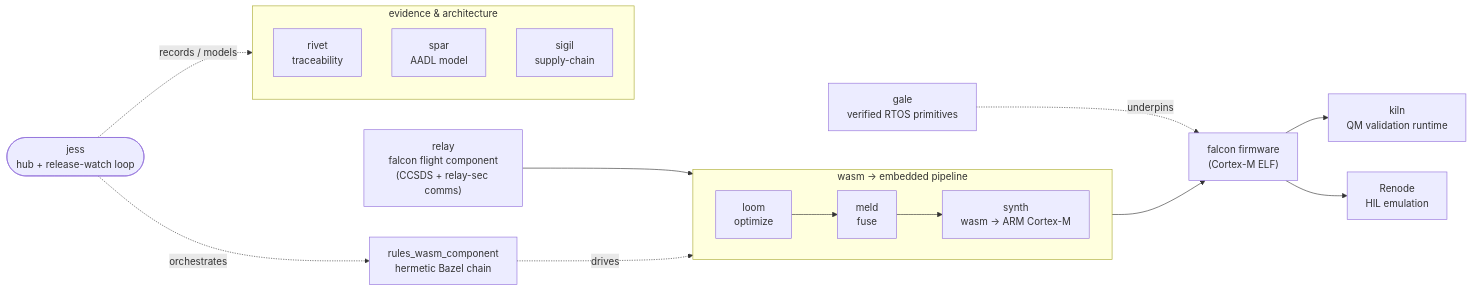
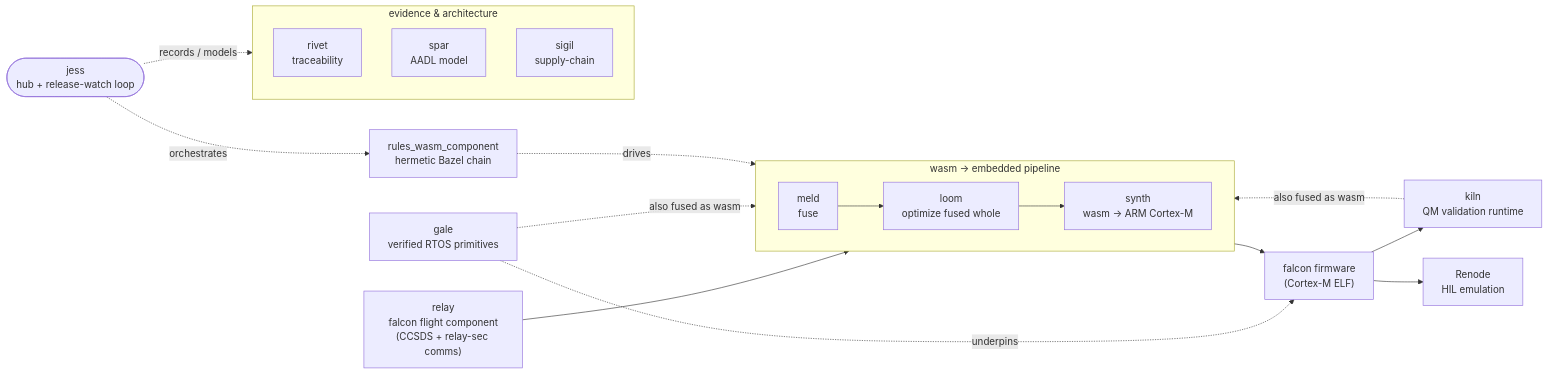
The first of 2 diagrams in README.md (pulseengine/jess), drawn with Mermaid before and after one commit. The commit also changed other lines of this file and 2 other files, not shown here.

First line of the commit message:
fix(pipeline): correct order to meld → loom → synth; note STM32F100 I/O is bare-metal (not Zephyr)

````diff
--- a/README.md
+++ b/README.md
@@ -22,30 +22,32 @@
 ```mermaid
 flowchart LR
   relay["relay<br/>falcon flight component<br/>(CCSDS + relay-sec comms)"]
 
   subgraph pipe["wasm → embedded pipeline"]
     direction LR
-    loom["loom<br/>optimize"] --> meld["meld<br/>fuse"] --> synth["synth<br/>wasm → ARM Cortex-M"]
+    meld["meld<br/>fuse"] --> loom["loom<br/>optimize fused whole"] --> synth["synth<br/>wasm → ARM Cortex-M"]
   end
 
   fw["falcon firmware<br/>(Cortex-M ELF)"]
   gale["gale<br/>verified RTOS primitives"]
   kiln["kiln<br/>QM validation runtime"]
   renode["Renode<br/>HIL emulation"]
   rwc["rules_wasm_component<br/>hermetic Bazel chain"]
 
   subgraph gov["evidence & architecture"]
     rivet["rivet<br/>traceability"]
     spar["spar<br/>AADL model"]
     sigil["sigil<br/>supply-chain"]
   end
 
-  relay --> loom
+  relay --> meld
+  gale -.->|"also fused as wasm"| meld
+  kiln -.->|"also fused as wasm"| meld
   synth --> fw
   gale -.->|underpins| fw
   fw --> kiln
   fw --> renode
   rwc -.->|drives| pipe
   jess(["jess<br/>hub + release-watch loop"]) -.->|orchestrates| rwc
   jess -.->|"records / models"| gov
 ```
````
